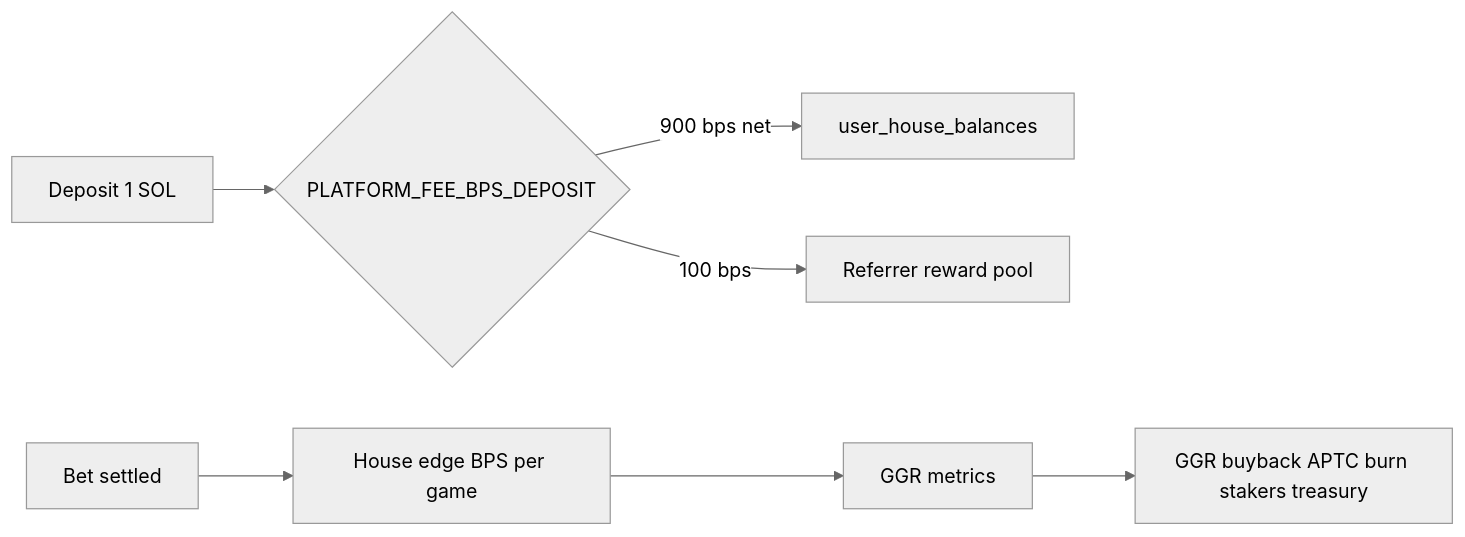
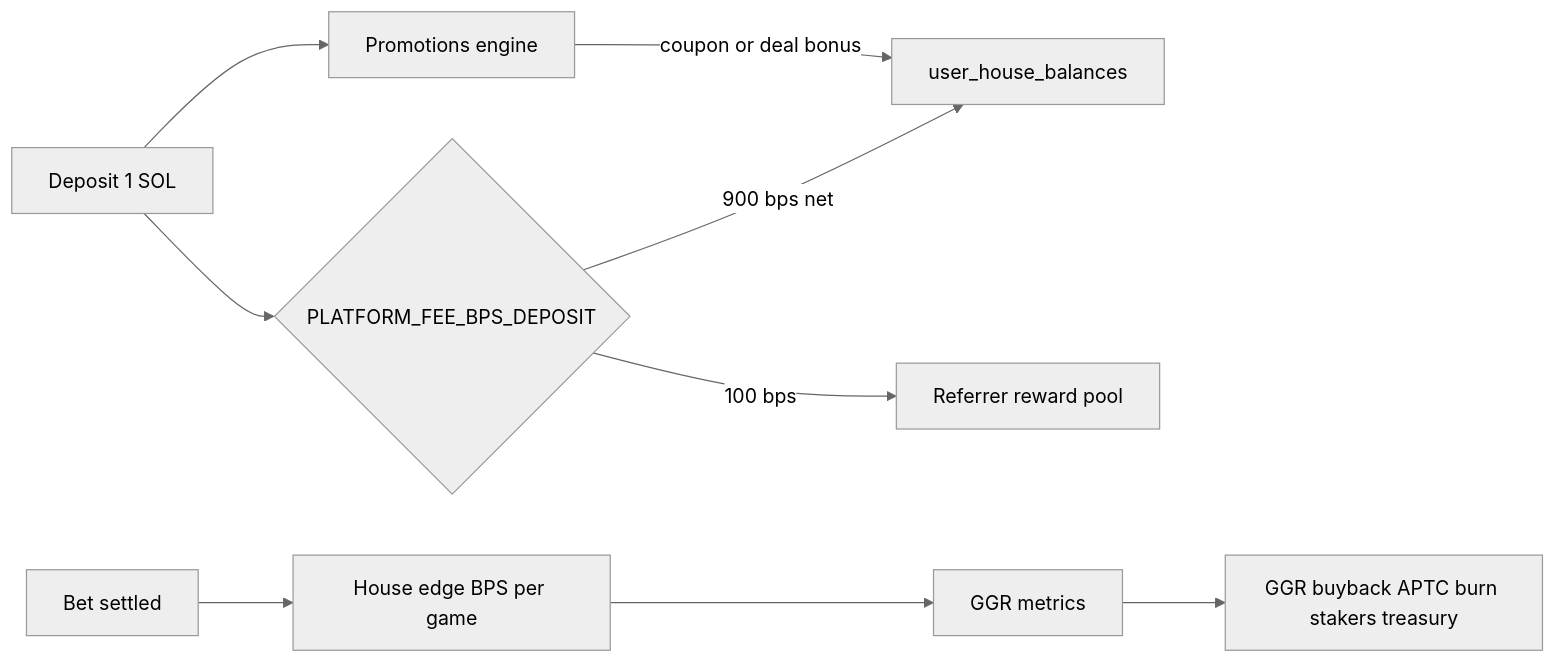
One commit to AmaanSayyad/apt-casino changed the third of 6 diagrams in liquidity.md. Above: the diagram before and after it, drawn with Mermaid (neutral theme). The commit also changed other lines of this file and 14 other files, not shown here.

First line of the commit message:
Refresh docs and Mermaid diagrams for promotions release.

````diff
--- a/liquidity.md
+++ b/liquidity.md
@@ -68,9 +71,11 @@
 ```mermaid
 flowchart LR
     DEP[Deposit 1 SOL] --> FEE{PLATFORM_FEE_BPS_DEPOSIT}
     FEE -->|900 bps net| BAL[user_house_balances]
     FEE -->|100 bps| REF[Referrer reward pool]
+    DEP --> PROMO[Promotions engine]
+    PROMO -->|coupon or deal bonus| BAL
     BET[Bet settled] --> EDGE[House edge BPS per game]
     EDGE --> GGR[GGR metrics]
     GGR --> BB["GGR buyback APTC burn stakers treasury"]
 ```
````
